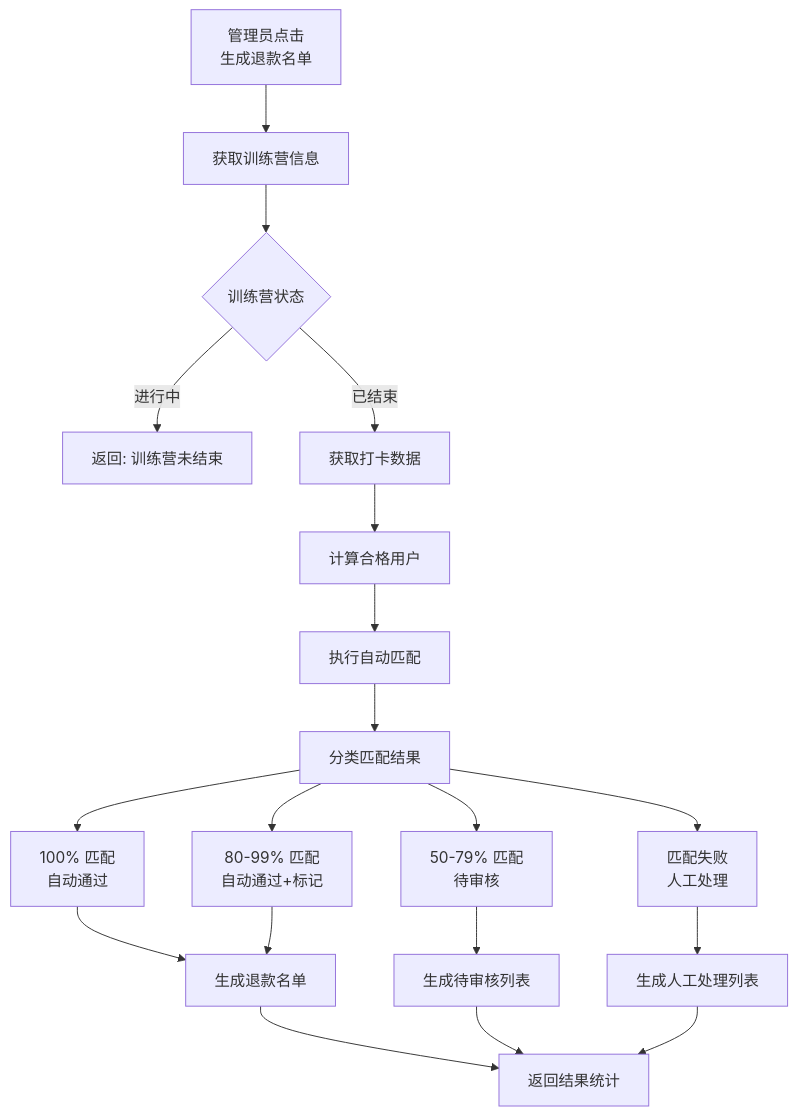
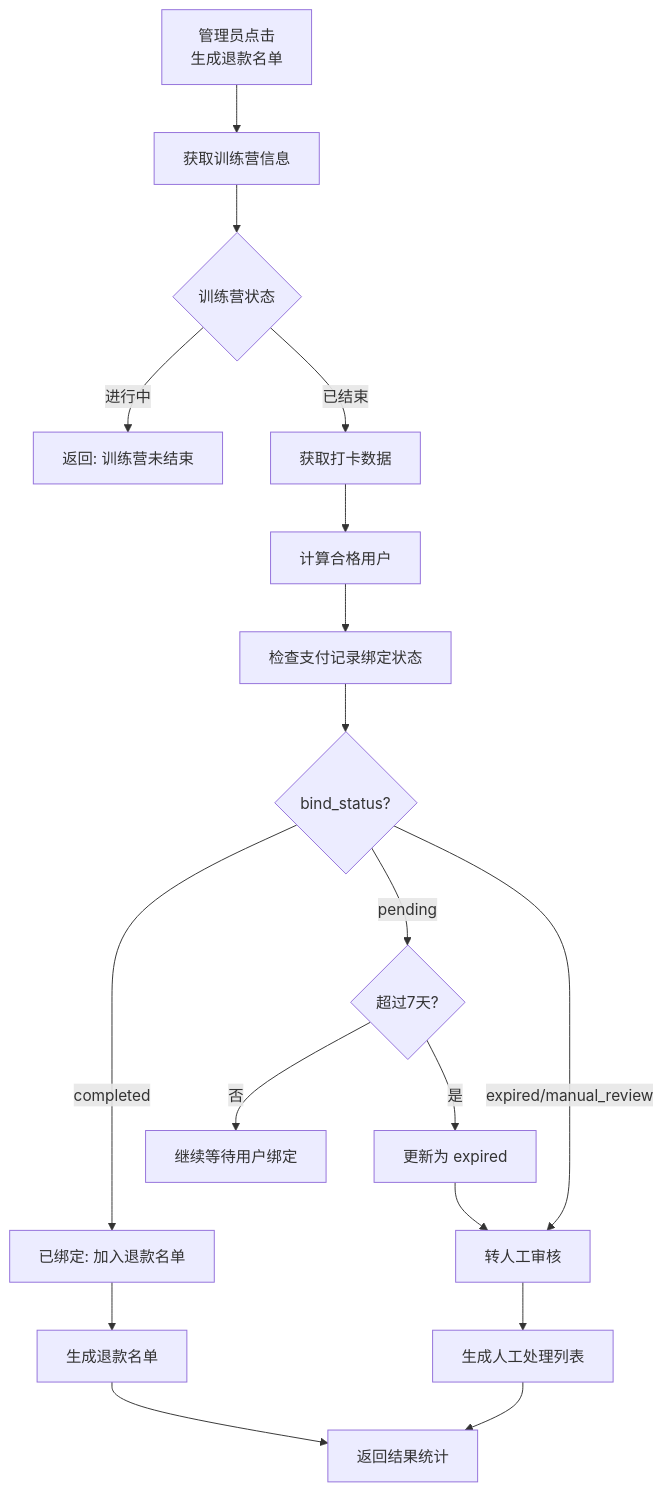
One commit to yiancode/AutoDepositRefundAgent changed the eighth of 13 diagrams in docs/v1/diagrams/业务流程图.md. Above: the diagram before and after it, drawn with Mermaid. The commit also changed other lines of this file and 5 other files, not shown here.

First line of the commit message:
docs(design): 同步 diagrams 与技术方案，移除智能匹配逻辑

````diff
--- a/docs/v1/diagrams/业务流程图.md
+++ b/docs/v1/diagrams/业务流程图.md
@@ -358,27 +254,26 @@
 ```mermaid
 flowchart TD
     A[管理员点击<br/>生成退款名单] --> B[获取训练营信息]
 
     B --> C{训练营状态}
     C -->|进行中| D[返回: 训练营未结束]
     C -->|已结束| E[获取打卡数据]
 
     E --> F[计算合格用户]
-    F --> G[执行自动匹配]
+    F --> G[检查支付记录绑定状态]
 
-    G --> H[分类匹配结果]
+    G --> H{bind_status?}
+    H -->|completed| I[已绑定: 加入退款名单]
+    H -->|pending| J{超过7天?}
+    H -->|expired/manual_review| K[转人工审核]
 
-    H --> I[100% 匹配<br/>自动通过]
-    H --> J[80-99% 匹配<br/>自动通过+标记]
-    H --> K[50-79% 匹配<br/>待审核]
-    H --> L[匹配失败<br/>人工处理]
+    J -->|否| L[继续等待用户绑定]
+    J -->|是| M[更新为 expired]
+    M --> K
 
-    I --> M[生成退款名单]
-    J --> M
-    K --> N[生成待审核列表]
-    L --> O[生成人工处理列表]
+    I --> N[生成退款名单]
+    K --> O[生成人工处理列表]
 
-    M --> P[返回结果统计]
-    N --> P
+    N --> P[返回结果统计]
     O --> P
 ```
````
